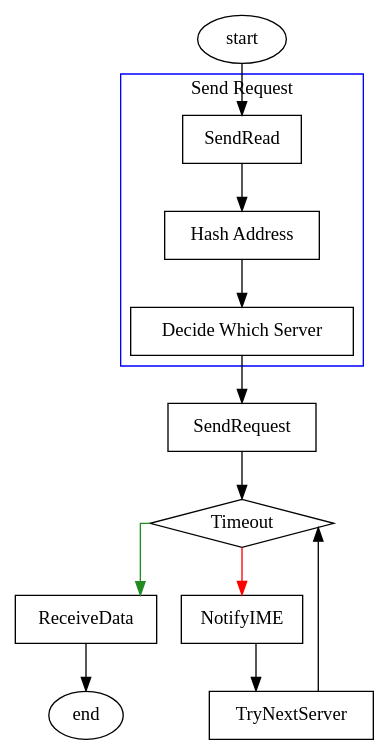
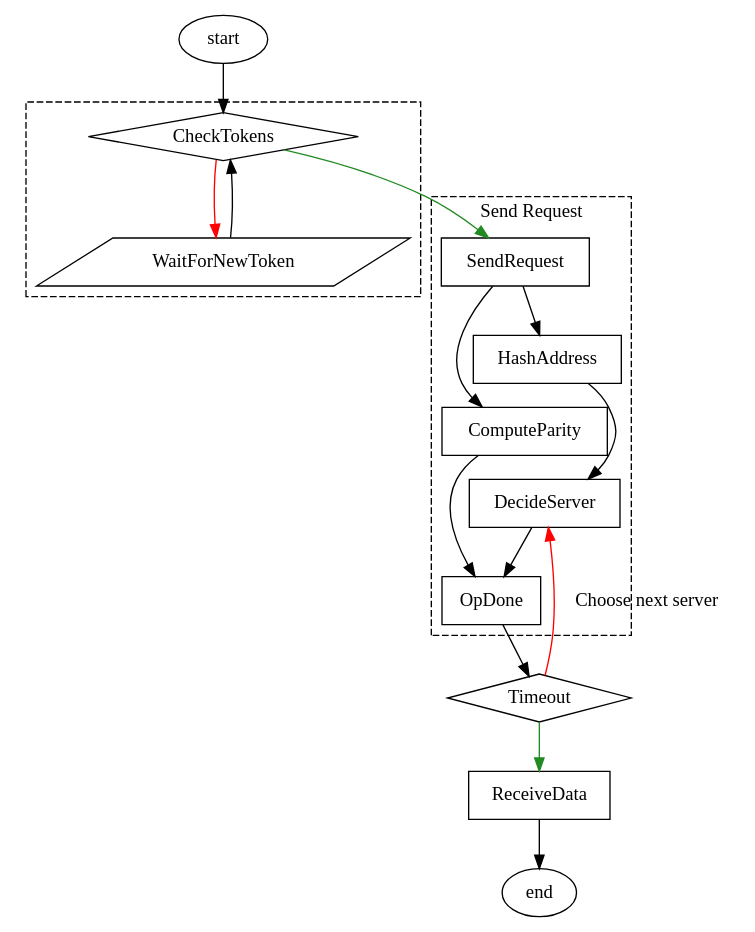
Before and after one commit to DanX3/ddn_dht: the diagram in graphs/client.gv, drawn with Graphviz. The commit also changed 3 other files, not shown here.

```diff
--- a/graphs/client.gv
+++ b/graphs/client.gv
@@ -1,23 +1,32 @@
 digraph Client {
+    style=dashed
     node [shape=box]
-    splines=ortho
-    smoothing = triangle
+    splines=true
     start[shape=oval];
     end[shape=oval];
     
     subgraph cluster_0 {
-        color=blue
-        SendRead -> "Hash Address" -> "Decide Which Server";
+        SendRequest -> HashAddress -> DecideServer -> OpDone
+        SendRequest -> ComputeParity -> OpDone
         label="Send Request"
     }
 
-    start -> SendRead;
-    "Decide Which Server" -> SendRequest;
-     SendRequest -> Timeout
-     Timeout [shape=diamond]
-     Timeout -> ReceiveData [color=forestgreen]
-     ReceiveData -> end
-     Timeout -> NotifyIME [color=red]
-     NotifyIME -> TryNextServer -> Timeout
+    subgraph cluster_token {
+        CheckTokens [shape=diamond]
+        WaitForNewToken [shape=parallelogram]
+        CheckTokens -> SendRequest [color=forestgreen]
+        CheckTokens -> WaitForNewToken [color=red]
+        WaitForNewToken -> CheckTokens
+    }
+
+    start -> CheckTokens
+    OpDone -> Timeout
+    Timeout [shape=diamond]
+    Timeout -> ReceiveData [color=forestgreen]
+    ReceiveData -> end
+    Timeout -> DecideServer [label="Choose next server" color=red]
+
+    #suggestion [shape=note label="If the parity wall time is very expensive \n and a ping over the network is not, \ncan we make a ping before sending the packet"]
+    #suggestion -> DecideServer
 
 }
```
